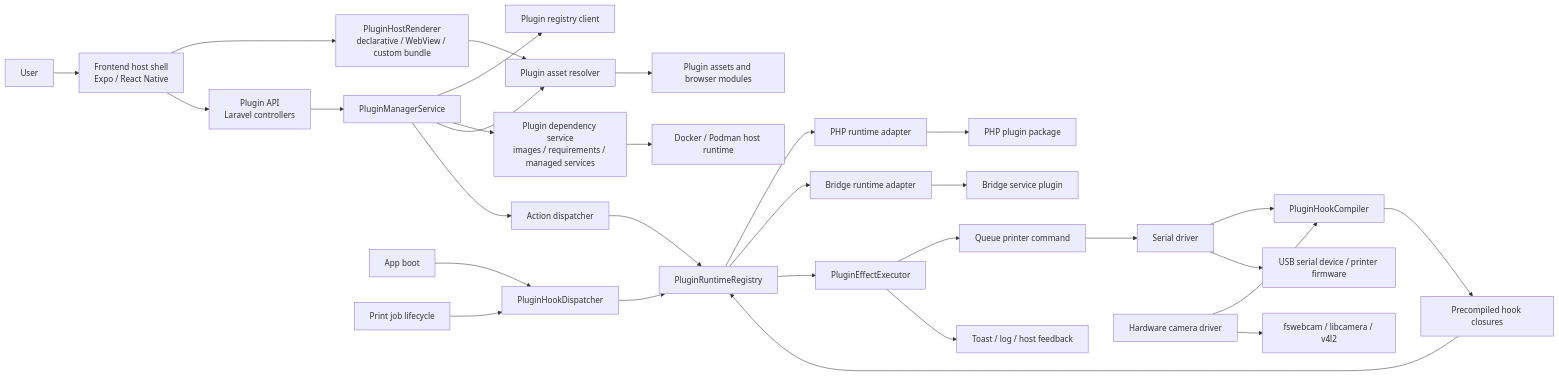
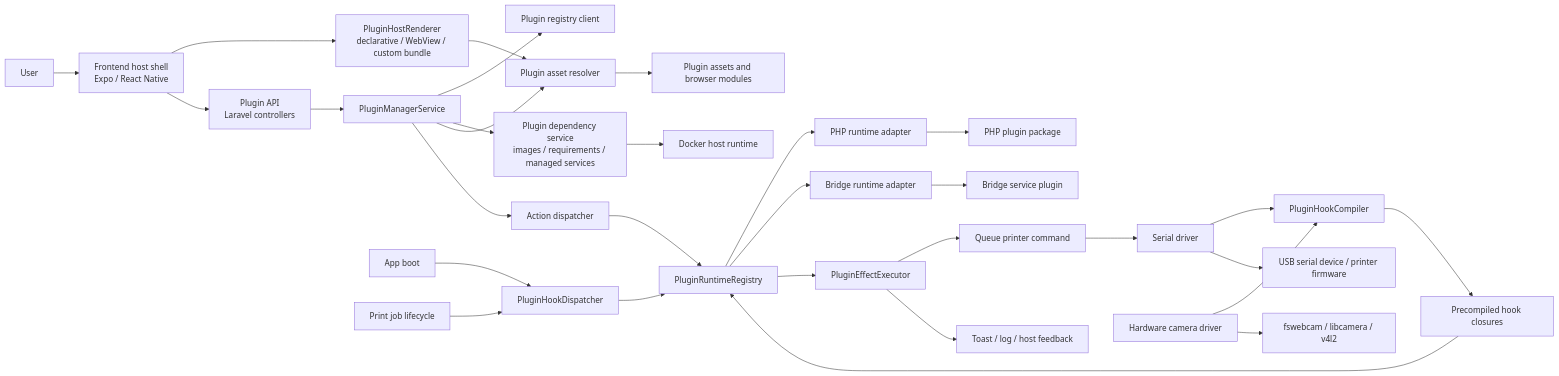
The first of 3 diagrams in docs/plugin-sdk-reference.md (wprint3d/wprint3d), drawn with Mermaid before and after one commit. The commit also changed 40 other files, not shown here.

````diff
--- a/docs/plugin-sdk-reference.md
+++ b/docs/plugin-sdk-reference.md
@@ -20,38 +20,38 @@
 ```mermaid
 flowchart LR
     User[User] --> FE[Frontend host shell<br/>Expo / React Native]
     FE --> UIHost[PluginHostRenderer<br/>declarative / WebView / custom bundle]
     FE --> API[Plugin API<br/>Laravel controllers]
 
     API --> PM[PluginManagerService]
     PM --> Registry[Plugin registry client]
     PM --> Dependencies[Plugin dependency service<br/>images / requirements / managed services]
     PM --> Assets[Plugin asset resolver]
     PM --> Actions[Action dispatcher]
 
     Actions --> RuntimeRegistry[PluginRuntimeRegistry]
     RuntimeRegistry --> PhpRuntime[PHP runtime adapter]
     RuntimeRegistry --> BridgeRuntime[Bridge runtime adapter]
     PhpRuntime --> PhpPlugin[PHP plugin package]
     BridgeRuntime --> BridgePlugin[Bridge service plugin]
 
     AppBoot[App boot] --> OneShot[PluginHookDispatcher]
     PrintJob[Print job lifecycle] --> OneShot
     Serial[Serial driver] --> HookCompiler[PluginHookCompiler]
     Camera[Hardware camera driver] --> HookCompiler
 
     HookCompiler --> CompiledHooks[Precompiled hook closures]
     OneShot --> RuntimeRegistry
     CompiledHooks --> RuntimeRegistry
 
     RuntimeRegistry --> Effects[PluginEffectExecutor]
     Effects --> Queue[Queue printer command]
     Effects --> Toast[Toast / log / host feedback]
-    Dependencies --> ContainerRuntime[Docker / Podman host runtime]
+    Dependencies --> ContainerRuntime[Docker host runtime]
 
     Queue --> Serial
     Serial --> USB[USB serial device / printer firmware]
     Camera --> Capture[fswebcam / libcamera / v4l2]
     UIHost --> Assets
     Assets --> UIBundle[Plugin assets and browser modules]
 ```
````
